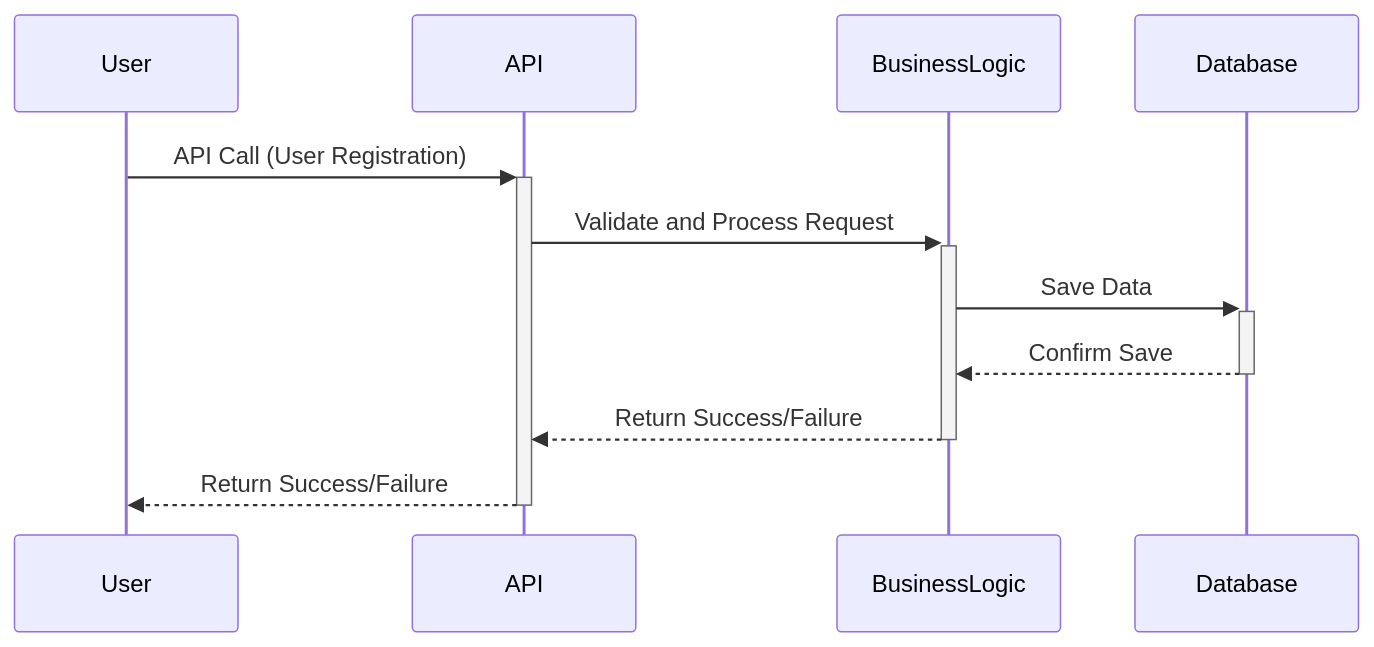
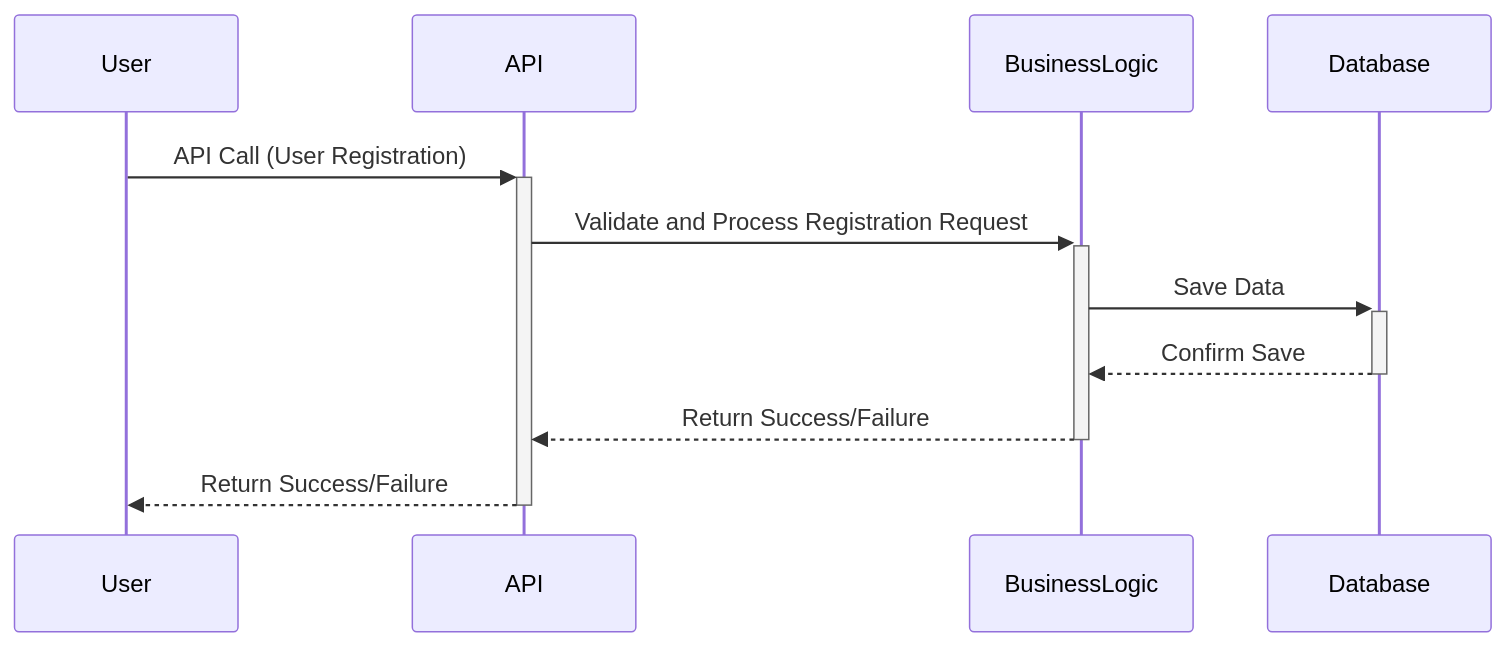
Before and after one commit to Morg92b/holbertonschool-hbnb: the diagram in part1/task02/uml_02_1.mermaid, drawn with Mermaid. The commit also changed 3 other files, not shown here.

```diff
--- a/part1/task02/uml_02_1.mermaid
+++ b/part1/task02/uml_02_1.mermaid
@@ -1,15 +1,15 @@
 ---
 config:
   theme: default
 ---
 sequenceDiagram
 participant User
 participant API
 participant BusinessLogic
 participant Database
 User->>+API: API Call (User Registration)
-API->>+BusinessLogic: Validate and Process Request
+API->>+BusinessLogic: Validate and Process Registration Request
 BusinessLogic->>+Database: Save Data
 Database-->>-BusinessLogic: Confirm Save
 BusinessLogic-->>-API: Return Success/Failure
 API-->>-User: Return Success/Failure
```
